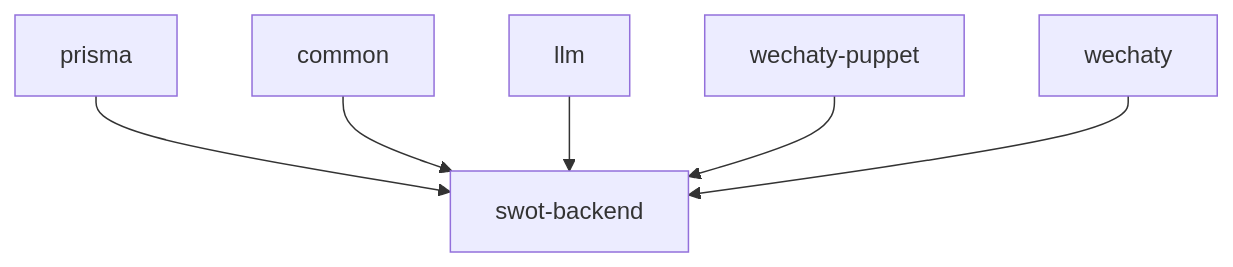
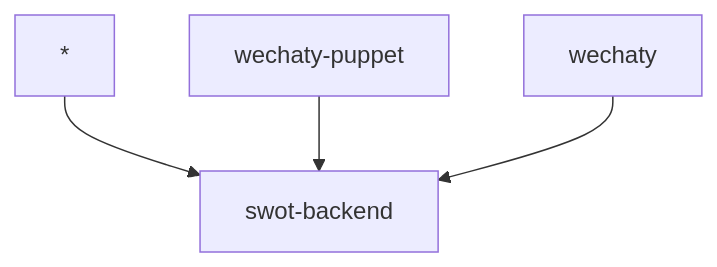
Before and after one commit to cs-magic/codebase-ts: the third of 4 diagrams in README.md, drawn with Mermaid. The commit also changed other lines of this file, not shown here.

Commit message:
added dependencies

````diff
--- a/README.md
+++ b/README.md
@@ -26,8 +26,6 @@
 ```mermaid
 graph TD;
-    prisma --> swot-backend;
-    common --> swot-backend;
-    llm --> swot-backend;
+    * --> swot-backend;
     wechaty-puppet --> swot-backend;
     wechaty --> swot-backend;
 ```
````
